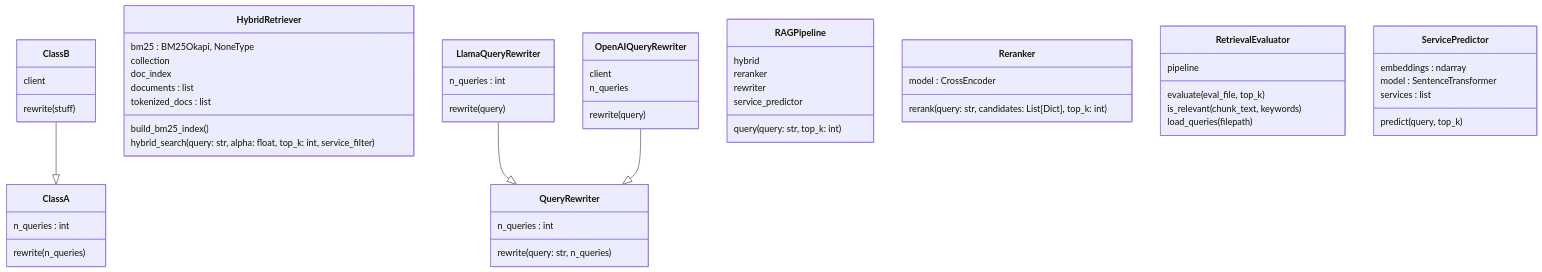
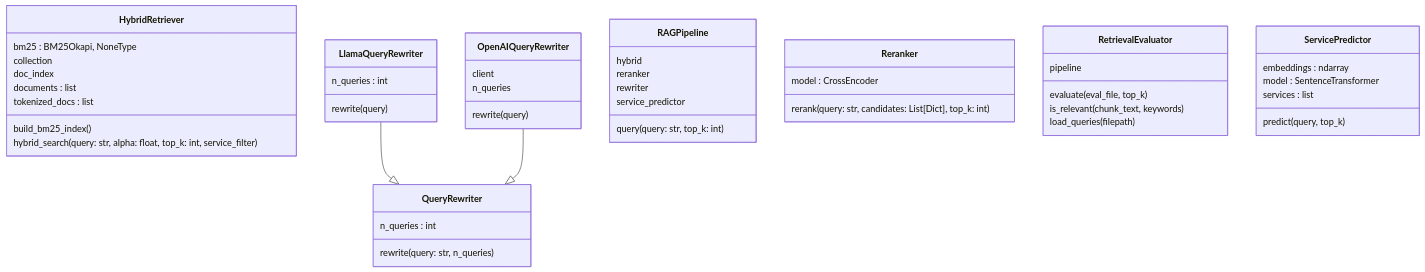
One commit to shijujt/total-recall changed the diagram in docs/classes.mmd. Above: the diagram before and after it, drawn with Mermaid.

Commit message:
cleaned up class hierarchy mermaid file

```diff
--- a/docs/classes.mmd
+++ b/docs/classes.mmd
@@ -1,57 +1,48 @@
 classDiagram
-  class ClassA {
-    n_queries : int
-    rewrite(n_queries)
-  }
-  class ClassB {
-    client
-    rewrite(stuff)
-  }
   class HybridRetriever {
     bm25 : BM25Okapi, NoneType
     collection
     doc_index
     documents : list
     tokenized_docs : list
     build_bm25_index()
     hybrid_search(query: str, alpha: float, top_k: int, service_filter)
   }
   class LlamaQueryRewriter {
     n_queries : int
     rewrite(query)
   }
   class OpenAIQueryRewriter {
     client
     n_queries
     rewrite(query)
   }
   class QueryRewriter {
     n_queries : int
     rewrite(query: str, n_queries)
   }
   class RAGPipeline {
     hybrid
     reranker
     rewriter
     service_predictor
     query(query: str, top_k: int)
   }
   class Reranker {
     model : CrossEncoder
     rerank(query: str, candidates: List[Dict], top_k: int)
   }
   class RetrievalEvaluator {
     pipeline
     evaluate(eval_file, top_k)
     is_relevant(chunk_text, keywords)
     load_queries(filepath)
   }
   class ServicePredictor {
     embeddings : ndarray
     model : SentenceTransformer
     services : list
     predict(query, top_k)
   }
   LlamaQueryRewriter --|> QueryRewriter
   OpenAIQueryRewriter --|> QueryRewriter
-  ClassB --|> ClassA
```
